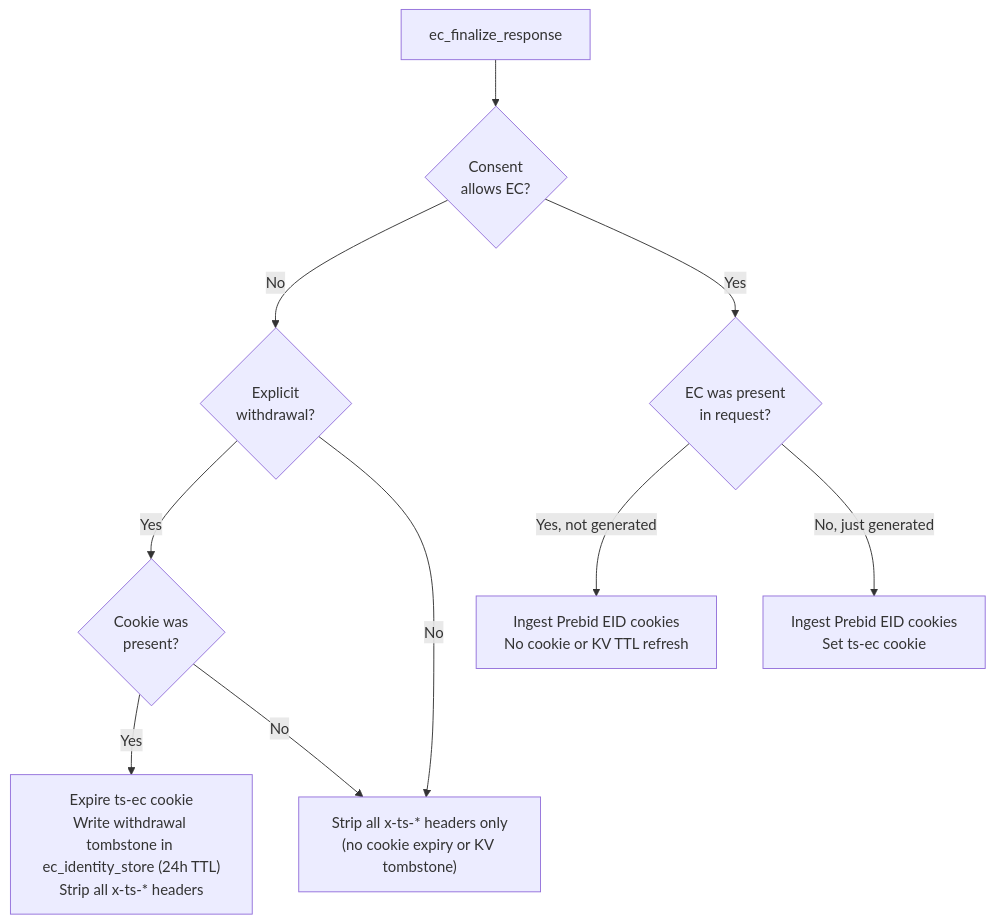
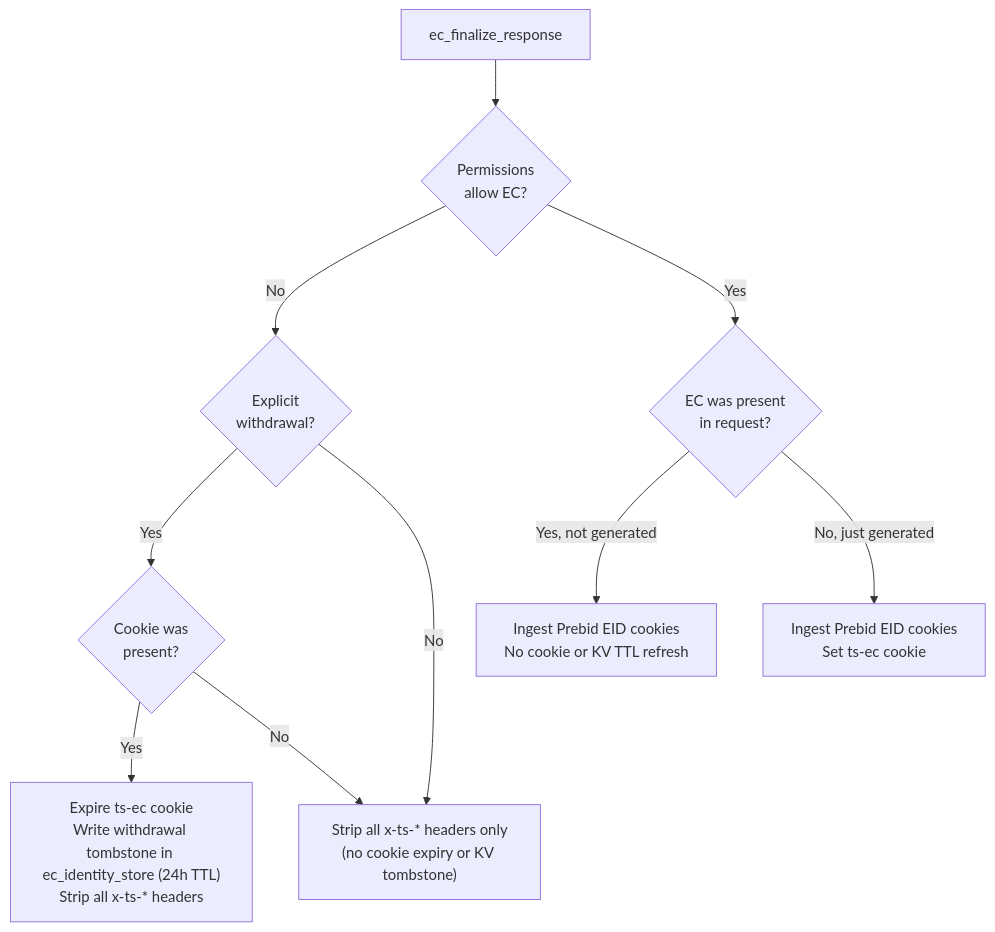
One commit to IABTechLab/trusted-server changed the second of 7 diagrams in docs/guide/edge-cookies.md. Above: the diagram before and after it, drawn with Mermaid. The commit also changed other lines of this file and 68 other files, not shown here.

````diff
--- a/docs/guide/edge-cookies.md
+++ b/docs/guide/edge-cookies.md
@@ -55,14 +55,14 @@
 ```mermaid
 flowchart TD
-    Start[ec_finalize_response] --> ConsentCheck{Consent<br/>allows EC?}
+    Start[ec_finalize_response] --> ConsentCheck{Permissions<br/>allow EC?}
 
     ConsentCheck -- "No" --> ExplicitWithdrawal{Explicit<br/>withdrawal?}
     ExplicitWithdrawal -- "Yes" --> CookiePresent{Cookie was<br/>present?}
     CookiePresent -- "Yes" --> Withdraw["Expire ts-ec cookie<br/>Write withdrawal tombstone in ec_identity_store (24h TTL)<br/>Strip all x-ts-* headers"]
     CookiePresent -- "No" --> HeaderOnly["Strip all x-ts-* headers only<br/>(no cookie expiry or KV tombstone)"]
     ExplicitWithdrawal -- "No" --> HeaderOnly
 
     ConsentCheck -- "Yes" --> WasPresent{EC was present<br/>in request?}
     WasPresent -- "Yes, not generated" --> Returning["Ingest Prebid EID cookies<br/>No cookie or KV TTL refresh"]
     WasPresent -- "No, just generated" --> NewEc["Ingest Prebid EID cookies<br/>Set ts-ec cookie"]
 ```
````
